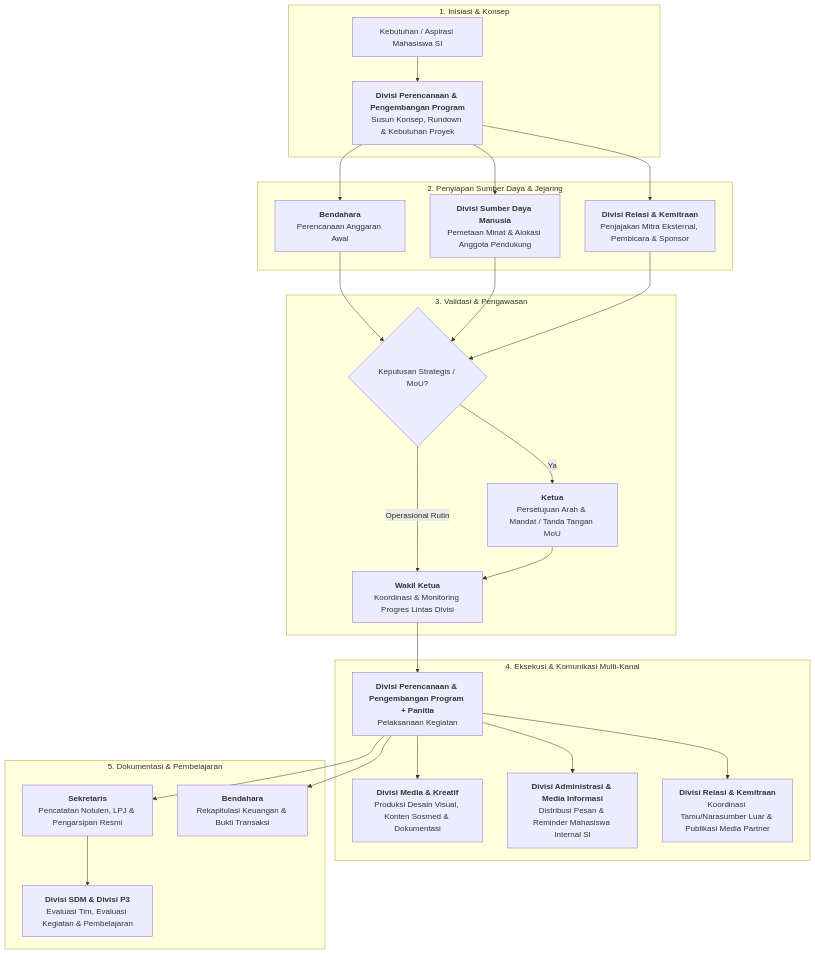
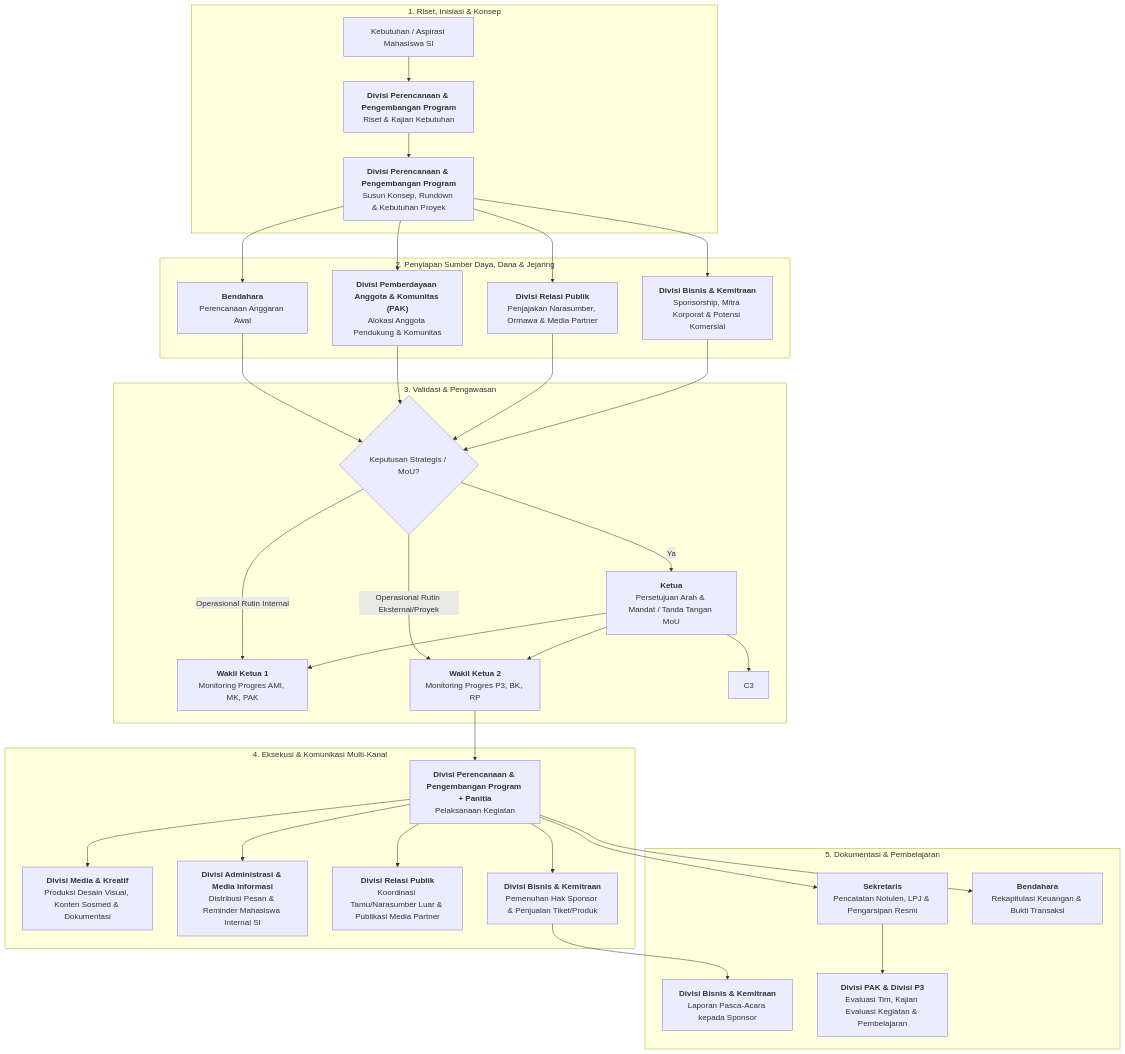
The third of 3 diagrams in structure-and-role.md (himsisfo-unsia/masterplan-2026-2027), drawn with Mermaid before and after one commit. The commit also changed other lines of this file and 1 other file, not shown here.

First line of the commit message:
feat(structure): perbarui struktur HIMA 2026-2027 dengan 6 divisi operasional dan 2 wakil ketua

````diff
--- a/structure-and-role.md
+++ b/structure-and-role.md
@@ -447,34 +557,42 @@
 ```mermaid
 flowchart TD
-    subgraph Inisiasi["1. Inisiasi & Konsep"]
-        A1["Kebutuhan / Aspirasi Mahasiswa SI"] --> A2["<b>Divisi Perencanaan & Pengembangan Program</b><br/>Susun Konsep, Rundown & Kebutuhan Proyek"]
+    subgraph Inisiasi["1. Riset, Inisiasi & Konsep"]
+        A0["Kebutuhan / Aspirasi Mahasiswa SI"] --> A1["<b>Divisi Perencanaan & Pengembangan Program</b><br/>Riset & Kajian Kebutuhan"]
+        A1 --> A2["<b>Divisi Perencanaan & Pengembangan Program</b><br/>Susun Konsep, Rundown & Kebutuhan Proyek"]
     end
 
-    subgraph Kesiapan["2. Penyiapan Sumber Daya & Jejaring"]
+    subgraph Kesiapan["2. Penyiapan Sumber Daya, Dana & Jejaring"]
         A2 --> B1["<b>Bendahara</b><br/>Perencanaan Anggaran Awal"]
-        A2 --> B2["<b>Divisi Sumber Daya Manusia</b><br/>Pemetaan Minat & Alokasi Anggota Pendukung"]
-        A2 --> B3["<b>Divisi Relasi & Kemitraan</b><br/>Penjajakan Mitra Eksternal, Pembicara & Sponsor"]
+        A2 --> B2["<b>Divisi Pemberdayaan Anggota & Komunitas (PAK)</b><br/>Alokasi Anggota Pendukung & Komunitas"]
+        A2 --> B3["<b>Divisi Relasi Publik</b><br/>Penjajakan Narasumber, Ormawa & Media Partner"]
+        A2 --> B4["<b>Divisi Bisnis & Kemitraan</b><br/>Sponsorship, Mitra Korporat & Potensi Komersial"]
     end
 
     subgraph Validasi["3. Validasi & Pengawasan"]
         B1 --> C1{"Keputusan Strategis / MoU?"}
         B2 --> C1
         B3 --> C1
+        B4 --> C1
         C1 -- "Ya" --> C2["<b>Ketua</b><br/>Persetujuan Arah & Mandat / Tanda Tangan MoU"]
-        C1 -- "Operasional Rutin" --> C3["<b>Wakil Ketua</b><br/>Koordinasi & Monitoring Progres Lintas Divisi"]
+        C1 -- "Operasional Rutin Internal" --> C3A["<b>Wakil Ketua 1</b><br/>Monitoring Progres AMI, MK, PAK"]
+        C1 -- "Operasional Rutin Eksternal/Proyek" --> C3B["<b>Wakil Ketua 2</b><br/>Monitoring Progres P3, BK, RP"]
+        C2 --> C3A
+        C2 --> C3B
         C2 --> C3
     end
 
     subgraph Eksekusi["4. Eksekusi & Komunikasi Multi-Kanal"]
-        C3 --> D1["<b>Divisi Perencanaan & Pengembangan Program + Panitia</b><br/>Pelaksanaan Kegiatan"]
+        C3B --> D1["<b>Divisi Perencanaan & Pengembangan Program + Panitia</b><br/>Pelaksanaan Kegiatan"]
         D1 --> D2["<b>Divisi Media & Kreatif</b><br/>Produksi Desain Visual, Konten Sosmed & Dokumentasi"]
         D1 --> D3["<b>Divisi Administrasi & Media Informasi</b><br/>Distribusi Pesan & Reminder Mahasiswa Internal SI"]
-        D1 --> D4["<b>Divisi Relasi & Kemitraan</b><br/>Koordinasi Tamu/Narasumber Luar & Publikasi Media Partner"]
+        D1 --> D4["<b>Divisi Relasi Publik</b><br/>Koordinasi Tamu/Narasumber Luar & Publikasi Media Partner"]
+        D1 --> D5["<b>Divisi Bisnis & Kemitraan</b><br/>Pemenuhan Hak Sponsor & Penjualan Tiket/Produk"]
     end
 
     subgraph Penutupan["5. Dokumentasi & Pembelajaran"]
         D1 --> E1["<b>Sekretaris</b><br/>Pencatatan Notulen, LPJ & Pengarsipan Resmi"]
         D1 --> E2["<b>Bendahara</b><br/>Rekapitulasi Keuangan & Bukti Transaksi"]
-        E1 --> E3["<b>Divisi SDM & Divisi P3</b><br/>Evaluasi Tim, Evaluasi Kegiatan & Pembelajaran"]
+        D5 --> E4["<b>Divisi Bisnis & Kemitraan</b><br/>Laporan Pasca-Acara kepada Sponsor"]
+        E1 --> E3["<b>Divisi PAK & Divisi P3</b><br/>Evaluasi Tim, Kajian Evaluasi Kegiatan & Pembelajaran"]
     end
 ```
````
